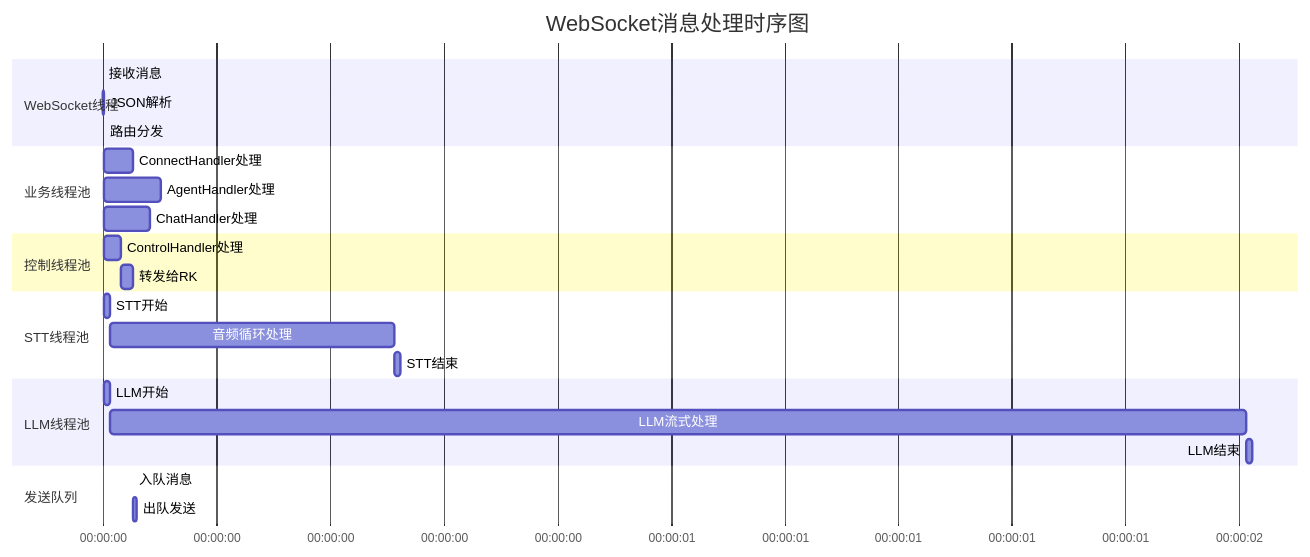
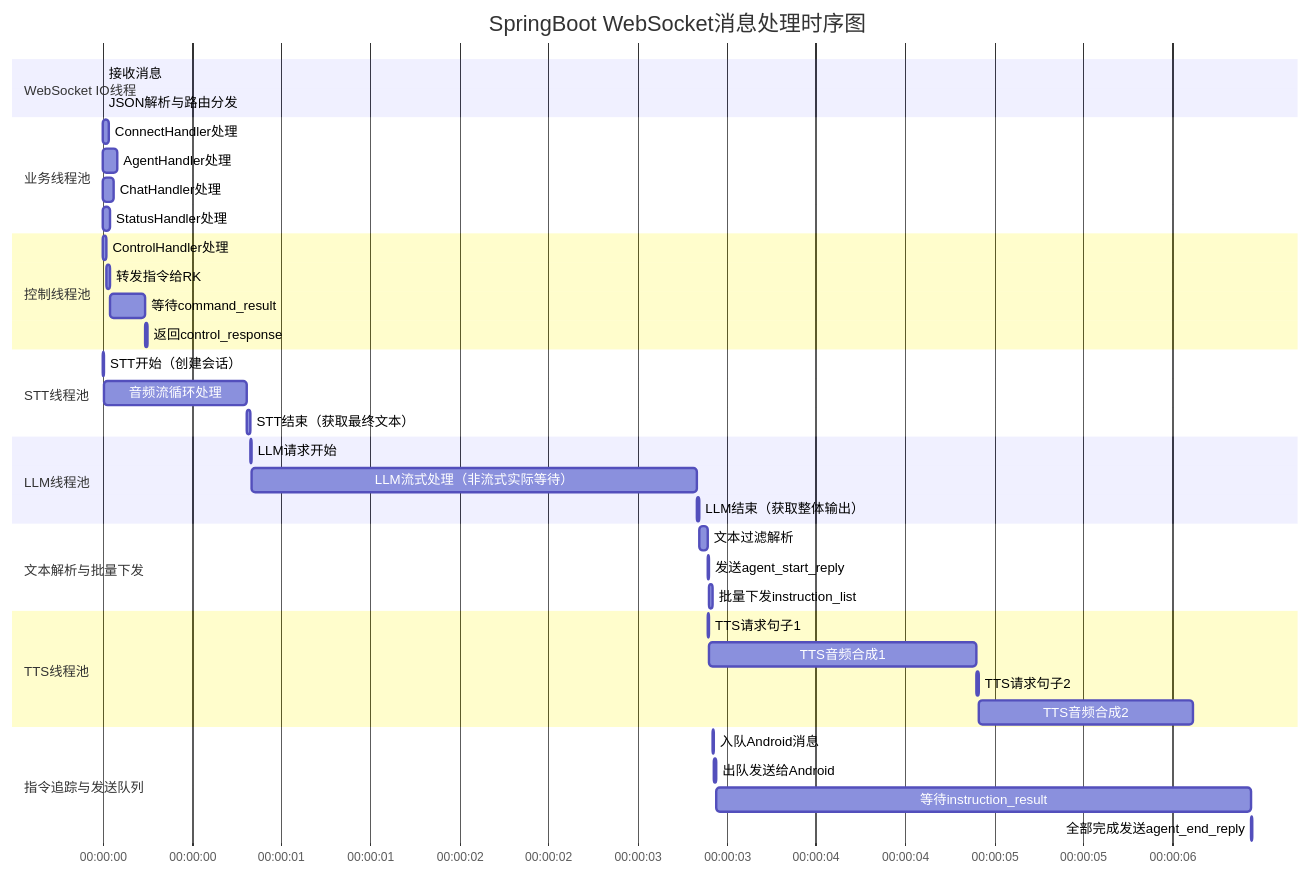
Before and after one commit to nangong918/magic-vector: diagram 13 of 18 in cursor/WS重构.md, drawn with Mermaid. The commit also changed other lines of this file, not shown here.

Commit message:
deepseek: ws重构状态机状态图

````diff
--- a/cursor/WS重构.md
+++ b/cursor/WS重构.md
@@ -1106,34 +1153,49 @@
 ```mermaid
 gantt
-    title WebSocket消息处理时序图
+    title SpringBoot WebSocket消息处理时序图
     dateFormat HH:mm:ss.SSS
     axisFormat %H:%M:%S
-    
-    section WebSocket线程
-    接收消息 :t0, 00:00:00.000, 1ms
-    JSON解析 :t1, after t0, 1ms
-    路由分发 :t2, after t1, 1ms
-    
+
+    section WebSocket IO线程
+        接收消息 :t0, 00:00:00.000, 1ms
+        JSON解析与路由分发 :t1, after t0, 2ms
+
     section 业务线程池
-    ConnectHandler处理 :t3, after t2, 50ms
-    AgentHandler处理 :t4, after t2, 100ms
-    ChatHandler处理 :t5, after t2, 80ms
-    
+        ConnectHandler处理 :t2, after t1, 30ms
+        AgentHandler处理 :t3, after t1, 80ms
+        ChatHandler处理 :t4, after t1, 60ms
+        StatusHandler处理 :t5, after t1, 40ms
+
     section 控制线程池
-    ControlHandler处理 :t6, after t2, 30ms
-    转发给RK :t7, after t6, 20ms
-    
+        ControlHandler处理 :t6, after t1, 20ms
+        转发指令给RK :t7, after t6, 15ms
+        等待command_result :t8, after t7, 200ms
+        返回control_response :t9, after t8, 10ms
+
     section STT线程池
-    STT开始 :t8, after t2, 10ms
-    音频循环处理 :t9, after t8, 500ms
-    STT结束 :t10, after t9, 10ms
-    
+        STT开始（创建会话） :t10, after t1, 5ms
+        音频流循环处理 :t11, after t10, 800ms
+        STT结束（获取最终文本） :t12, after t11, 20ms
+
     section LLM线程池
-    LLM开始 :t11, after t2, 10ms
-    LLM流式处理 :t12, after t11, 2000ms
-    LLM结束 :t13, after t12, 10ms
-    
-    section 发送队列
-    入队消息 :t14, after t3, 1ms
-    出队发送 :t15, after t14, 5ms
+        LLM请求开始 :t13, after t12, 5ms
+        LLM流式处理（非流式实际等待） :t14, after t13, 2500ms
+        LLM结束（获取整体输出） :t15, after t14, 10ms
+
+    section 文本解析与批量下发
+        文本过滤解析 :t16, after t15, 50ms
+        发送agent_start_reply :t17, after t16, 10ms
+        批量下发instruction_list :t18, after t17, 20ms
+
+    section TTS线程池
+        TTS请求句子1 :t19, after t16, 10ms
+        TTS音频合成1 :t20, after t19, 1500ms
+        TTS请求句子2 :t21, after t20, 10ms
+        TTS音频合成2 :t22, after t21, 1200ms
+
+    section 指令追踪与发送队列
+        入队Android消息 :t23, after t18, 5ms
+        出队发送给Android :t24, after t23, 10ms
+        等待instruction_result :t25, after t24, 3000ms
+        全部完成发送agent_end_reply :t26, after t25, 10ms
 ```
````
